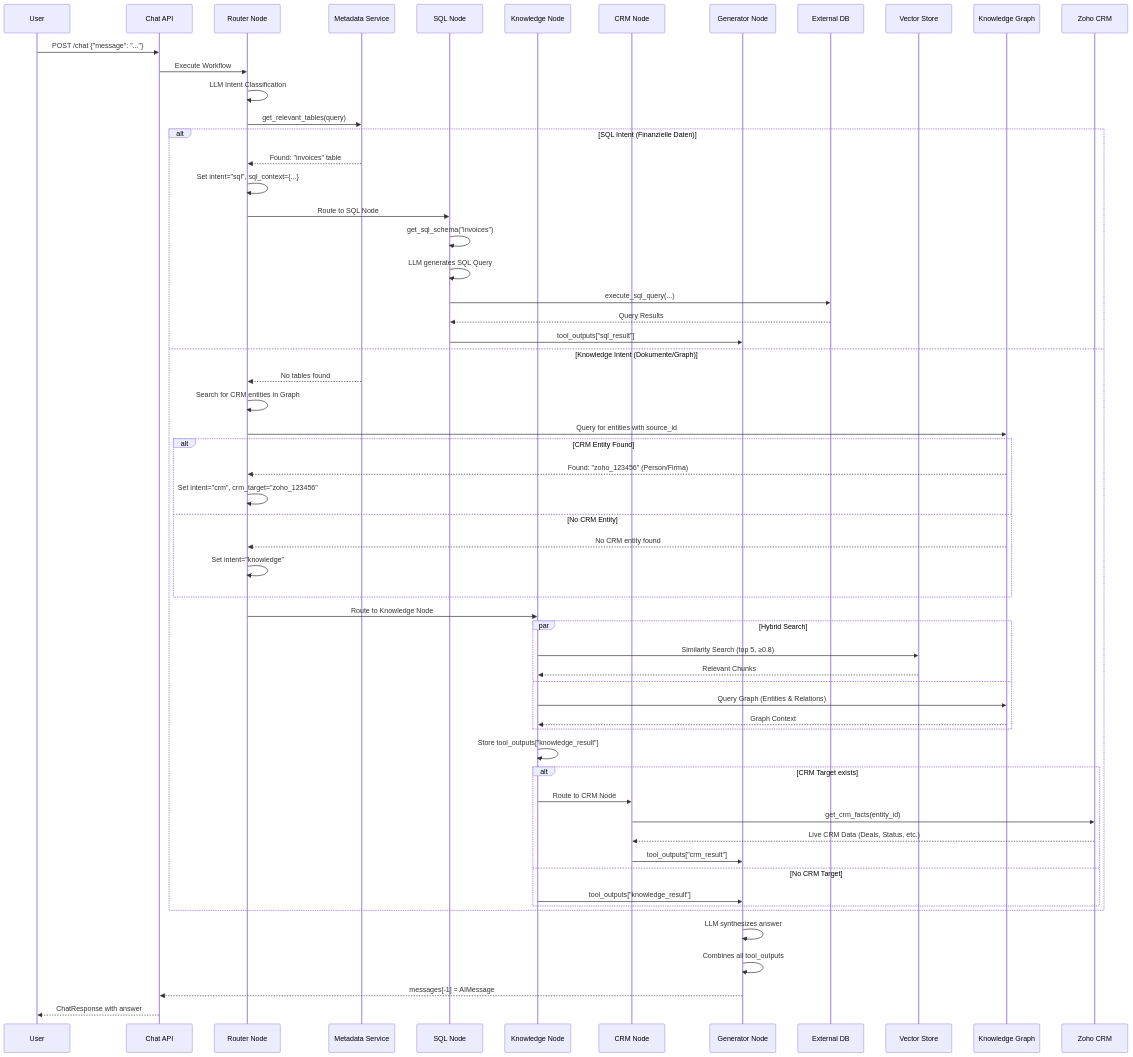
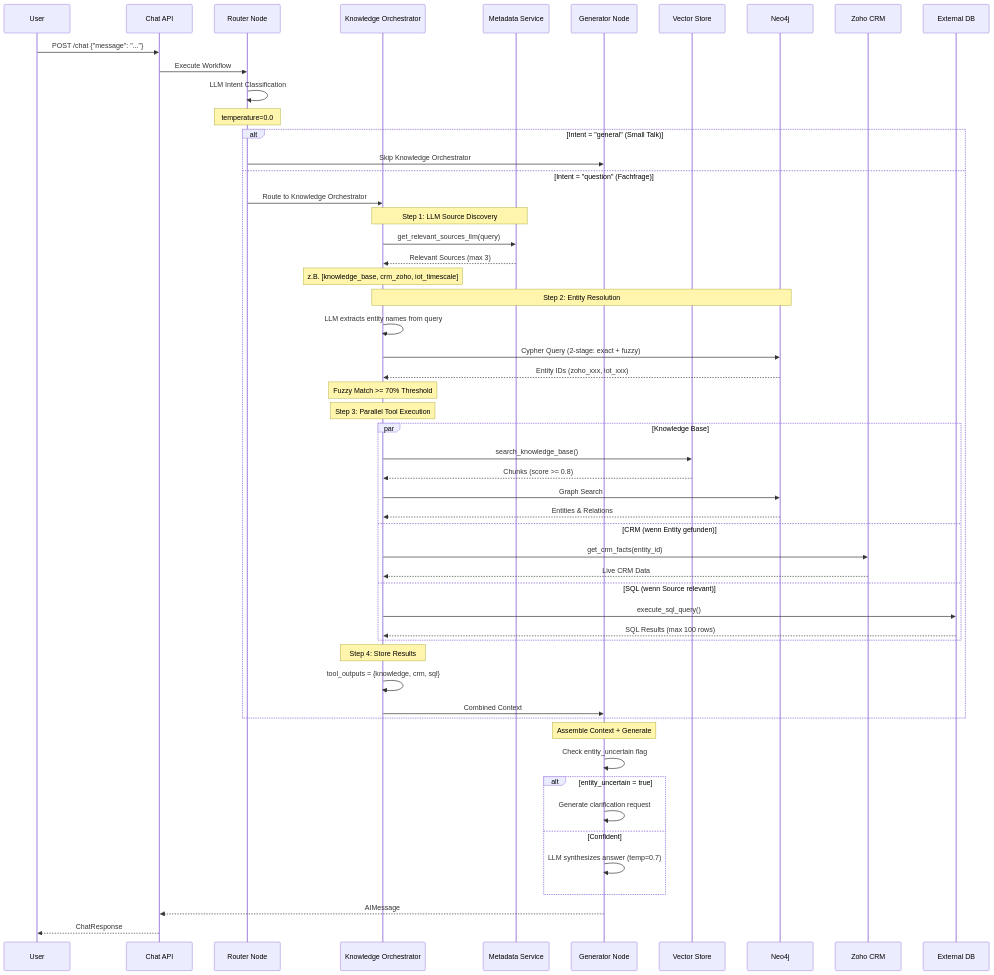
Before and after one commit to expoya/adizon-knowledge-core: the second of 4 diagrams in docs/AGENTIC_RAG.md, drawn with Mermaid. The commit also changed other lines of this file and 3 other files, not shown here.

````diff
--- a/docs/AGENTIC_RAG.md
+++ b/docs/AGENTIC_RAG.md
@@ -99,68 +100,64 @@
 ```mermaid
 sequenceDiagram
     participant User
     participant API as Chat API
     participant Router as Router Node
+    participant KB as Knowledge Orchestrator
     participant Meta as Metadata Service
-    participant SQL as SQL Node
-    participant KB as Knowledge Node
-    participant CRM as CRM Node
     participant Gen as Generator Node
+    participant Vector as Vector Store
+    participant Graph as Neo4j
+    participant Zoho as Zoho CRM
     participant DB as External DB
-    participant Vector as Vector Store
-    participant Graph as Knowledge Graph
-    participant Zoho as Zoho CRM
-    
+
     User->>API: POST /chat {"message": "..."}
     API->>Router: Execute Workflow
-    
+
     Router->>Router: LLM Intent Classification
-    Router->>Meta: get_relevant_tables(query)
-    
-    alt SQL Intent (Finanzielle Daten)
-        Meta-->>Router: Found: "invoices" table
-        Router->>Router: Set intent="sql", sql_context={...}
-        Router->>SQL: Route to SQL Node
-        SQL->>SQL: get_sql_schema("invoices")
-        SQL->>SQL: LLM generates SQL Query
-        SQL->>DB: execute_sql_query(...)
-        DB-->>SQL: Query Results
-        SQL->>Gen: tool_outputs["sql_result"]
-    else Knowledge Intent (Dokumente/Graph)
-        Meta-->>Router: No tables found
-        Router->>Router: Search for CRM entities in Graph
-        Router->>Graph: Query for entities with source_id
-        
-        alt CRM Entity Found
-            Graph-->>Router: Found: "zoho_123456" (Person/Firma)
-            Router->>Router: Set intent="crm", crm_target="zoho_123456"
-        else No CRM Entity
-            Graph-->>Router: No CRM entity found
-            Router->>Router: Set intent="knowledge"
+    Note over Router: temperature=0.0
+
+    alt Intent = "general" (Small Talk)
+        Router->>Gen: Skip Knowledge Orchestrator
+    else Intent = "question" (Fachfrage)
+        Router->>KB: Route to Knowledge Orchestrator
+
+        Note over KB,Meta: Step 1: LLM Source Discovery
+        KB->>Meta: get_relevant_sources_llm(query)
+        Meta-->>KB: Relevant Sources (max 3)
+        Note over KB: z.B. [knowledge_base, crm_zoho, iot_timescale]
+
+        Note over KB,Graph: Step 2: Entity Resolution
+        KB->>KB: LLM extracts entity names from query
+        KB->>Graph: Cypher Query (2-stage: exact + fuzzy)
+        Graph-->>KB: Entity IDs (zoho_xxx, iot_xxx)
+        Note over KB: Fuzzy Match >= 70% Threshold
+
+        Note over KB: Step 3: Parallel Tool Execution
+        par Knowledge Base
+            KB->>Vector: search_knowledge_base()
+            Vector-->>KB: Chunks (score >= 0.8)
+            KB->>Graph: Graph Search
+            Graph-->>KB: Entities & Relations
+        and CRM (wenn Entity gefunden)
+            KB->>Zoho: get_crm_facts(entity_id)
+            Zoho-->>KB: Live CRM Data
+        and SQL (wenn Source relevant)
+            KB->>DB: execute_sql_query()
+            DB-->>KB: SQL Results (max 100 rows)
         end
-        
-        Router->>KB: Route to Knowledge Node
-        par Hybrid Search
-            KB->>Vector: Similarity Search (top 5, ≥0.8)
-            Vector-->>KB: Relevant Chunks
-        and
-            KB->>Graph: Query Graph (Entities & Relations)
-            Graph-->>KB: Graph Context
-        end
-        KB->>KB: Store tool_outputs["knowledge_result"]
-        
-        alt CRM Target exists
-            KB->>CRM: Route to CRM Node
-            CRM->>Zoho: get_crm_facts(entity_id)
-            Zoho-->>CRM: Live CRM Data (Deals, Status, etc.)
-            CRM->>Gen: tool_outputs["crm_result"]
-        else No CRM Target
-            KB->>Gen: tool_outputs["knowledge_result"]
-        end
+
+        Note over KB: Step 4: Store Results
+        KB->>KB: tool_outputs = {knowledge, crm, sql}
+        KB->>Gen: Combined Context
     end
-    
-    Gen->>Gen: LLM synthesizes answer
-    Gen->>Gen: Combines all tool_outputs
-    Gen-->>API: messages[-1] = AIMessage
-    API-->>User: ChatResponse with answer
+
+    Note over Gen: Assemble Context + Generate
+    Gen->>Gen: Check entity_uncertain flag
+    alt entity_uncertain = true
+        Gen->>Gen: Generate clarification request
+    else Confident
+        Gen->>Gen: LLM synthesizes answer (temp=0.7)
+    end
+    Gen-->>API: AIMessage
+    API-->>User: ChatResponse
 ```
````
